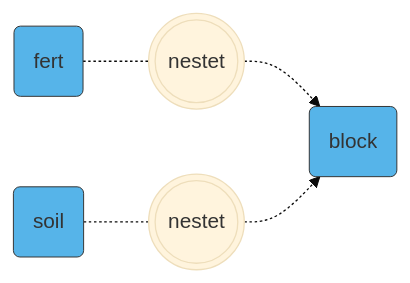
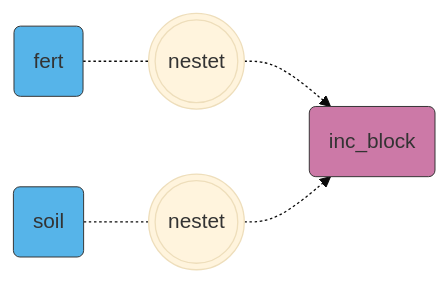
The fifth of 7 diagrams in experimental-design-advanced.qmd (jkruppa/jkruppa.github.io), drawn with Mermaid (base theme) before and after one commit. The commit also changed other lines of this file and 133 other files, not shown here.

````diff
--- a/experimental-design-advanced.qmd
+++ b/experimental-design-advanced.qmd
@@ -633,9 +648,10 @@
 ```{mermaid}
 %%| label: fig-mermaid-incomplete-1
 %%| fig-width: 6
-%%| fig-cap: "text"
+%%| fig-cap: "Schema der Abhängigkeitsstruktur des *incomplete block design* für das 3-faktorielle *randomized complete block design*. Die gestrichelte Linie stellt die nicht vollständige Zuordnung der Behandlungsfaktoren zu den Blöcken dar. Daher sind die Blöcke `inc_block` nicht komplett."
 flowchart LR
-    A(fert):::factor -.- B(((nestet))) -.-> E(block):::factor
+    A(fert):::factor -.- B(((nestet))) -.-> E(inc_block):::inc_block
     C(soil):::factor -.- D(((nestet))) -.-> E
     classDef factor fill:#56B4E9,stroke:#333,stroke-width:0.75px
+    classDef inc_block fill:#CC79A7,stroke:#333,stroke-width:0.75px
 ```
````
